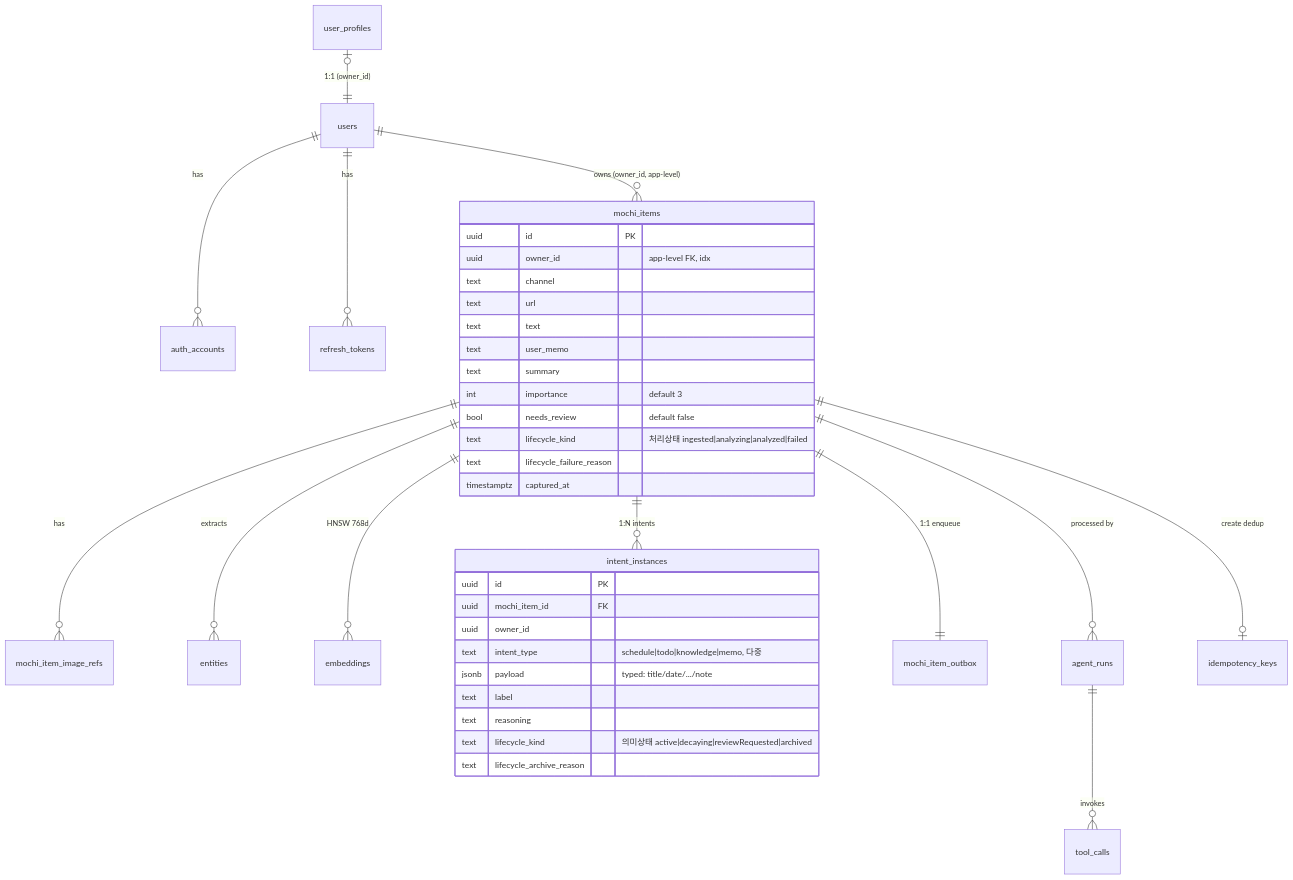
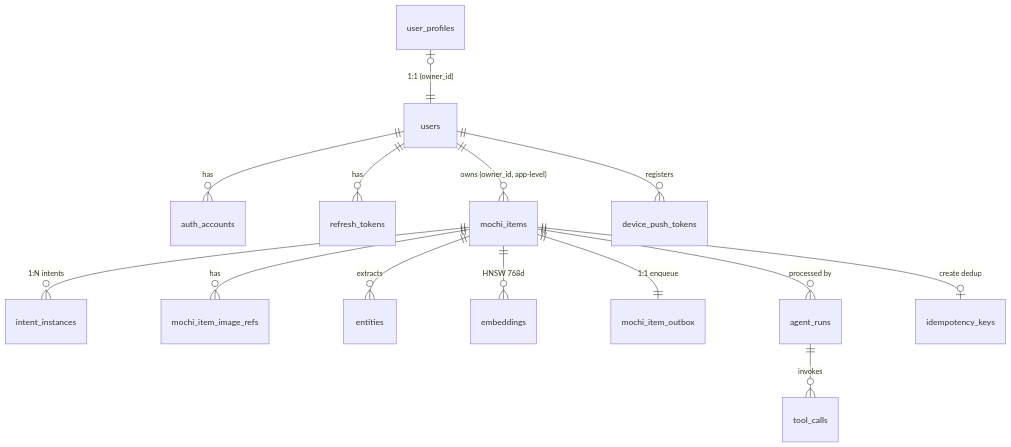
The diagram in docs/DOMAIN_DESIGN.md (dku-mochi/mochi), drawn with Mermaid before and after one commit. The commit also changed other lines of this file and 13 other files, not shown here.

````diff
--- a/docs/DOMAIN_DESIGN.md
+++ b/docs/DOMAIN_DESIGN.md
@@ -78,42 +90,17 @@
 ```mermaid
 erDiagram
     users ||--o{ auth_accounts : has
     users ||--o{ refresh_tokens : has
     users ||--o{ mochi_items : "owns (owner_id, app-level)"
+    users ||--o{ device_push_tokens : registers
     user_profiles |o--|| users : "1:1 (owner_id)"
 
+    mochi_items ||--o{ intent_instances : "1:N intents"
     mochi_items ||--o{ mochi_item_image_refs : has
     mochi_items ||--o{ entities : extracts
     mochi_items ||--o{ embeddings : "HNSW 768d"
-    mochi_items ||--o{ intent_instances : "1:N intents"
     mochi_items ||--|| mochi_item_outbox : "1:1 enqueue"
     mochi_items ||--o{ agent_runs : "processed by"
     agent_runs  ||--o{ tool_calls : invokes
     mochi_items ||--o| idempotency_keys : "create dedup"
-
-    mochi_items {
-        uuid id PK
-        uuid owner_id "app-level FK, idx"
-        text channel
-        text url
-        text text
-        text user_memo
-        text summary
-        int importance "default 3"
-        bool needs_review "default false"
-        text lifecycle_kind "처리상태 ingested|analyzing|analyzed|failed"
-        text lifecycle_failure_reason
-        timestamptz captured_at
-    }
-    intent_instances {
-        uuid id PK
-        uuid mochi_item_id FK
-        uuid owner_id
-        text intent_type "schedule|todo|knowledge|memo, 다중"
-        jsonb payload "typed: title/date/.../note"
-        text label
-        text reasoning
-        text lifecycle_kind "의미상태 active|decaying|reviewRequested|archived"
-        text lifecycle_archive_reason
-    }
 ```
````
